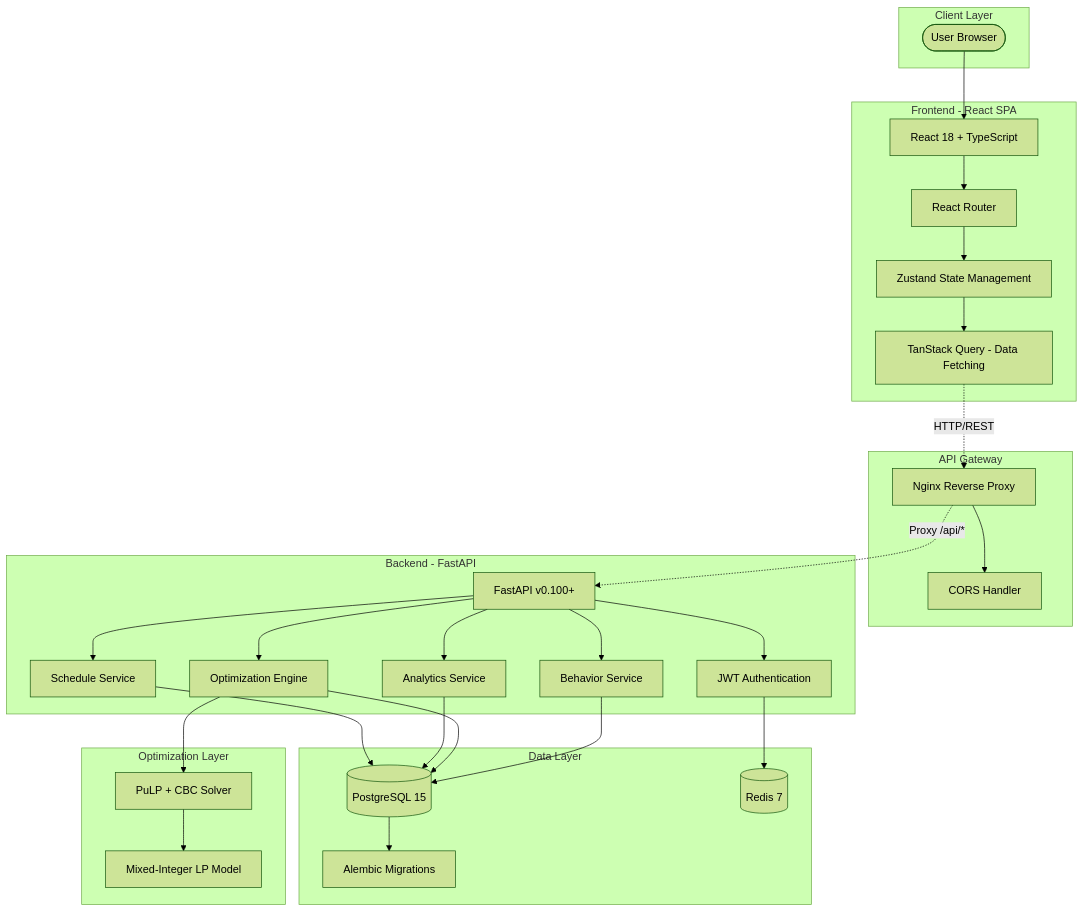
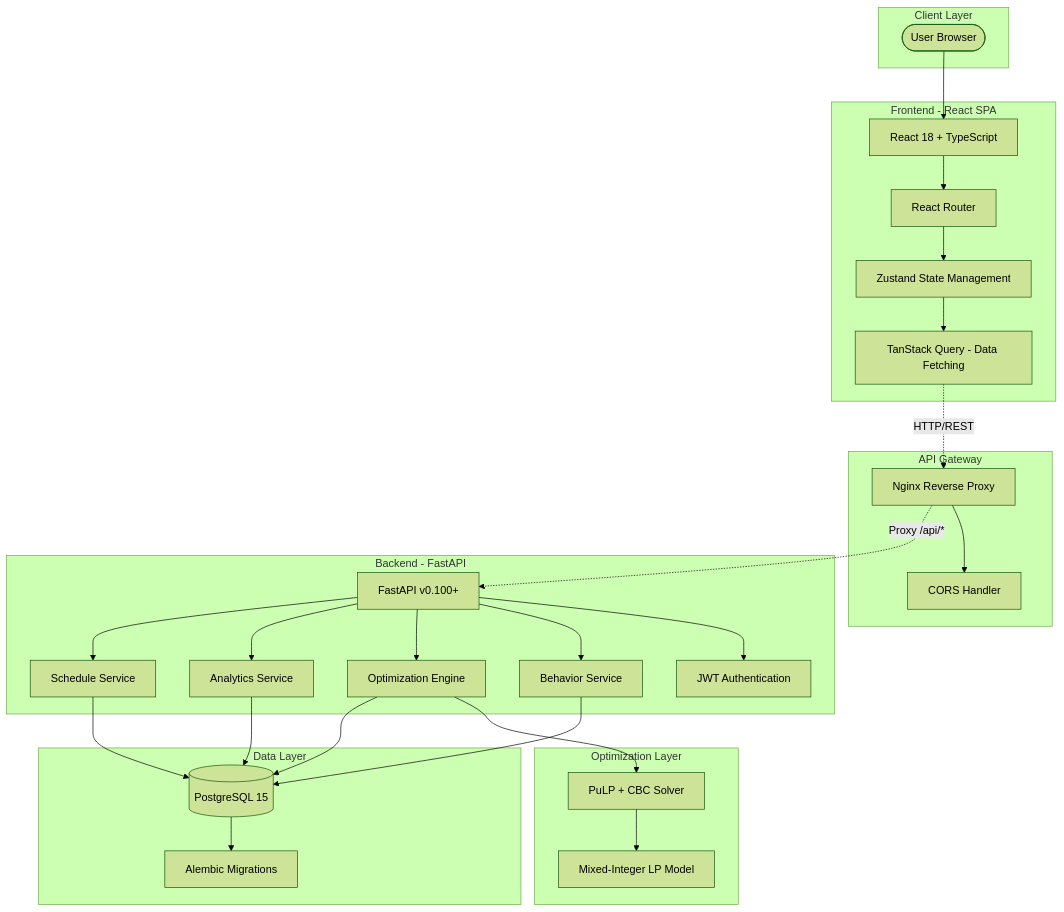
Before and after one commit to yusuuf-mm/HabitOS: the diagram in README.md, drawn with Mermaid (forest theme). The commit also changed other lines of this file and 14 other files, not shown here.

````diff
--- a/README.md
+++ b/README.md
@@ -174,62 +174,60 @@
 ```mermaid
 graph TB
     subgraph "Client Layer"
         User([User Browser])
     end
     
     subgraph "Frontend - React SPA"
         UI[React 18 + TypeScript]
         Router[React Router]
         State[Zustand State Management]
         Query[TanStack Query - Data Fetching]
         UI --> Router
         Router --> State
         State --> Query
     end
     
     subgraph "API Gateway"
         Nginx[Nginx Reverse Proxy]
         CORS[CORS Handler]
         Nginx --> CORS
     end
     
     subgraph "Backend - FastAPI"
         API[FastAPI v0.100+]
         Auth[JWT Authentication]
         BehaviorEngine[Behavior Service]
         OptEngine[Optimization Engine]
         Analytics[Analytics Service]
         Schedule[Schedule Service]
         
         API --> Auth
         API --> BehaviorEngine
         API --> OptEngine
         API --> Analytics
         API --> Schedule
     end
     
     subgraph "Optimization Layer"
         Solver[PuLP + CBC Solver]
         MILP[Mixed-Integer LP Model]
         Solver --> MILP
     end
     
     subgraph "Data Layer"
         DB[(PostgreSQL 15)]
-        Cache[(Redis 7)]
         Migrations[Alembic Migrations]
         
         DB --> Migrations
     end
     
     User --> UI
     Query -.HTTP/REST.-> Nginx
     Nginx -.Proxy /api/*.-> API
     
-    Auth --> Cache
     BehaviorEngine --> DB
     OptEngine --> Solver
     OptEngine --> DB
     Analytics --> DB
     Schedule --> DB
 ```
````
